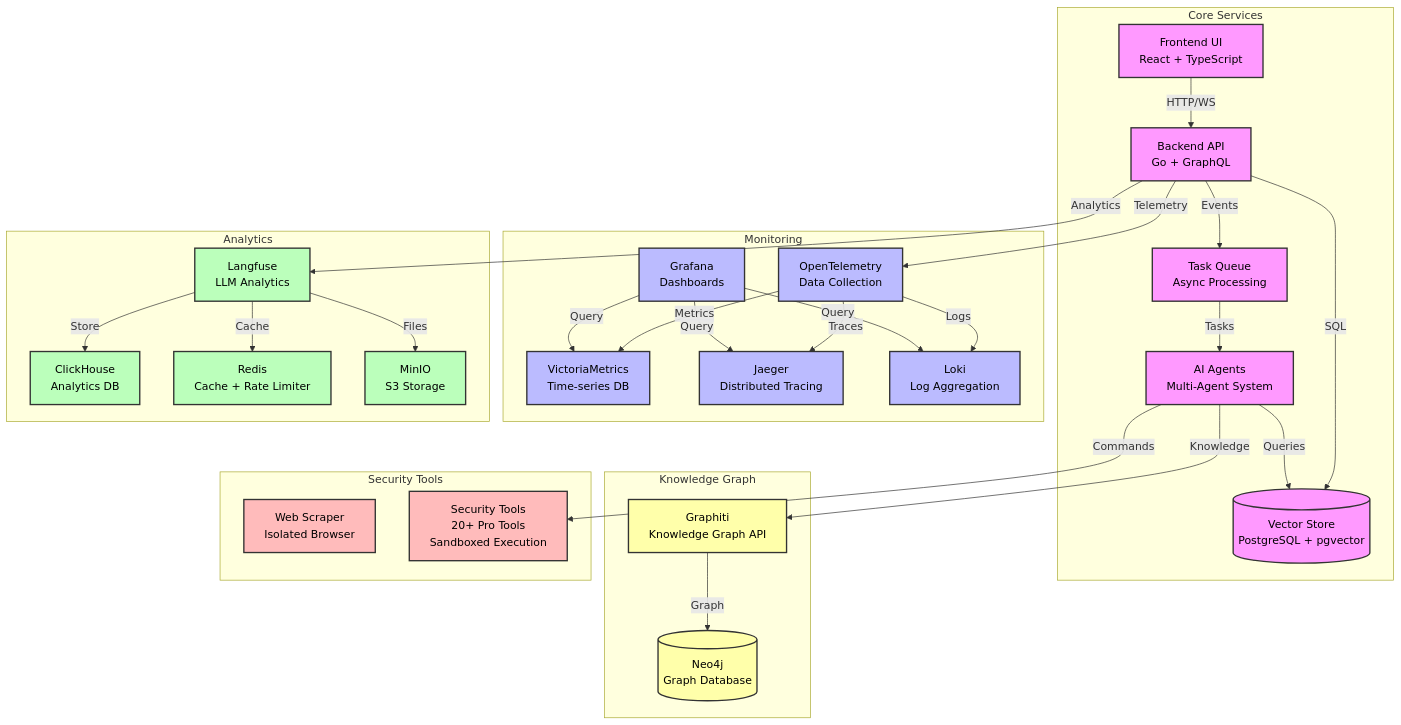
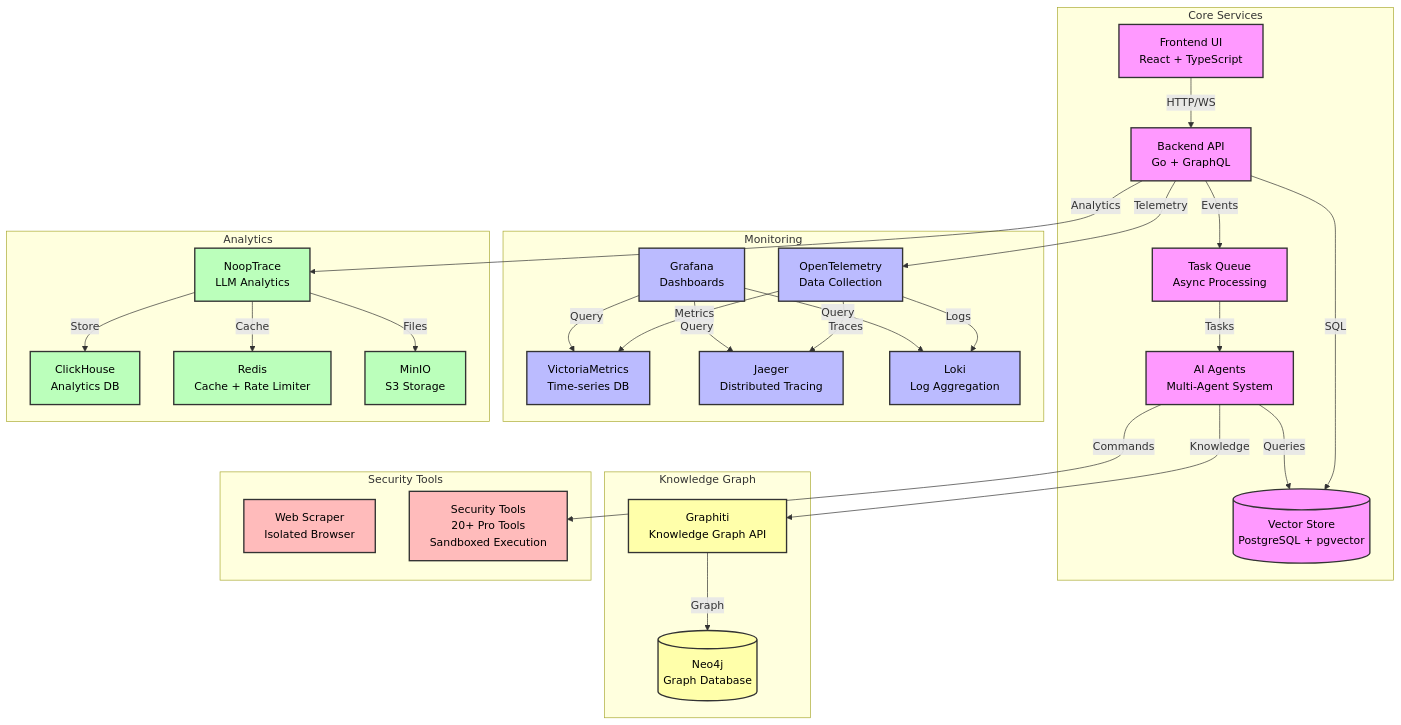
The second of 6 diagrams in submodules/pentagi/README.md (mnmballa2323/Alti.Code.Frontend), drawn with Mermaid before and after one commit. The commit also changed other lines of this file and 97 other files, not shown here.

````diff
--- a/submodules/pentagi/README.md
+++ b/submodules/pentagi/README.md
@@ -105,70 +105,70 @@
 ```mermaid
 graph TB
     subgraph Core Services
         UI[Frontend UI<br/>React + TypeScript]
         API[Backend API<br/>Go + GraphQL]
         DB[(Vector Store<br/>PostgreSQL + pgvector)]
         MQ[Task Queue<br/>Async Processing]
         Agent[AI Agents<br/>Multi-Agent System]
     end
 
     subgraph Knowledge Graph
         Graphiti[Graphiti<br/>Knowledge Graph API]
         Neo4j[(Neo4j<br/>Graph Database)]
     end
 
     subgraph Monitoring
         Grafana[Grafana<br/>Dashboards]
         VictoriaMetrics[VictoriaMetrics<br/>Time-series DB]
         Jaeger[Jaeger<br/>Distributed Tracing]
         Loki[Loki<br/>Log Aggregation]
         OTEL[OpenTelemetry<br/>Data Collection]
     end
 
     subgraph Analytics
-        Langfuse[Langfuse<br/>LLM Analytics]
+        NoopTrace[NoopTrace<br/>LLM Analytics]
         ClickHouse[ClickHouse<br/>Analytics DB]
         Redis[Redis<br/>Cache + Rate Limiter]
         MinIO[MinIO<br/>S3 Storage]
     end
 
     subgraph Security Tools
         Scraper[Web Scraper<br/>Isolated Browser]
         PenTest[Security Tools<br/>20+ Pro Tools<br/>Sandboxed Execution]
     end
 
     UI --> |HTTP/WS| API
     API --> |SQL| DB
     API --> |Events| MQ
     MQ --> |Tasks| Agent
     Agent --> |Commands| PenTest
     Agent --> |Queries| DB
     Agent --> |Knowledge| Graphiti
     Graphiti --> |Graph| Neo4j
 
     API --> |Telemetry| OTEL
     OTEL --> |Metrics| VictoriaMetrics
     OTEL --> |Traces| Jaeger
     OTEL --> |Logs| Loki
 
     Grafana --> |Query| VictoriaMetrics
     Grafana --> |Query| Jaeger
     Grafana --> |Query| Loki
 
-    API --> |Analytics| Langfuse
-    Langfuse --> |Store| ClickHouse
-    Langfuse --> |Cache| Redis
-    Langfuse --> |Files| MinIO
+    API --> |Analytics| NoopTrace
+    NoopTrace --> |Store| ClickHouse
+    NoopTrace --> |Cache| Redis
+    NoopTrace --> |Files| MinIO
 
     classDef core fill:#f9f,stroke:#333,stroke-width:2px,color:#000
     classDef knowledge fill:#ffa,stroke:#333,stroke-width:2px,color:#000
     classDef monitoring fill:#bbf,stroke:#333,stroke-width:2px,color:#000
     classDef analytics fill:#bfb,stroke:#333,stroke-width:2px,color:#000
     classDef tools fill:#fbb,stroke:#333,stroke-width:2px,color:#000
 
     class UI,API,DB,MQ,Agent core
     class Graphiti,Neo4j knowledge
     class Grafana,VictoriaMetrics,Jaeger,Loki,OTEL monitoring
-    class Langfuse,ClickHouse,Redis,MinIO analytics
+    class NoopTrace,ClickHouse,Redis,MinIO analytics
     class Scraper,PenTest tools
 ```
````
